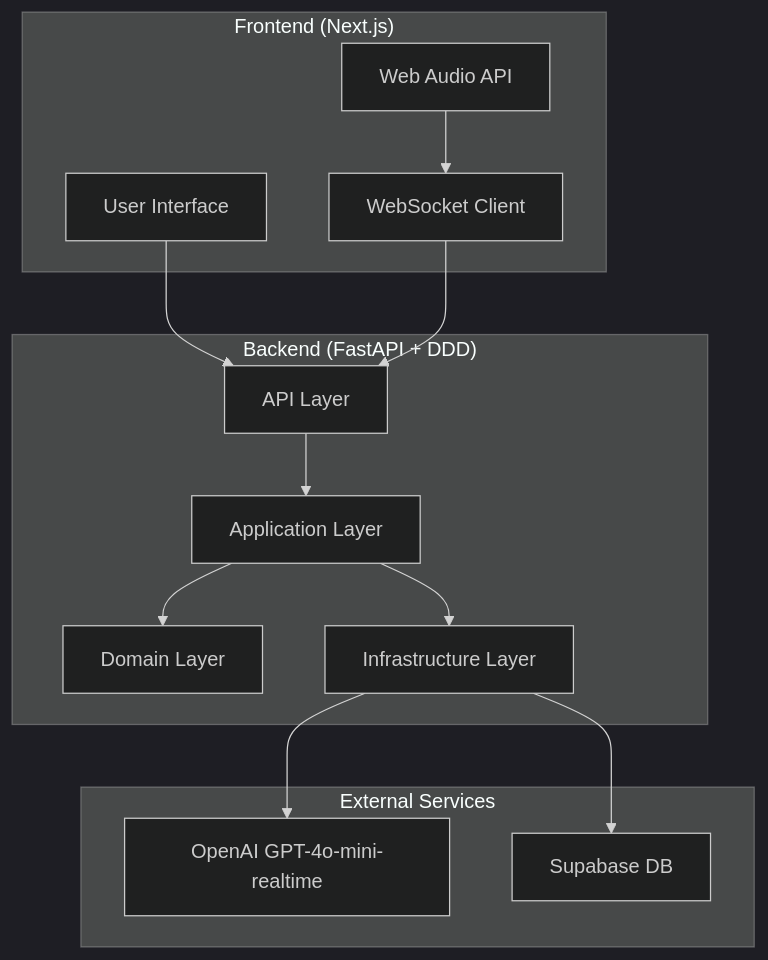
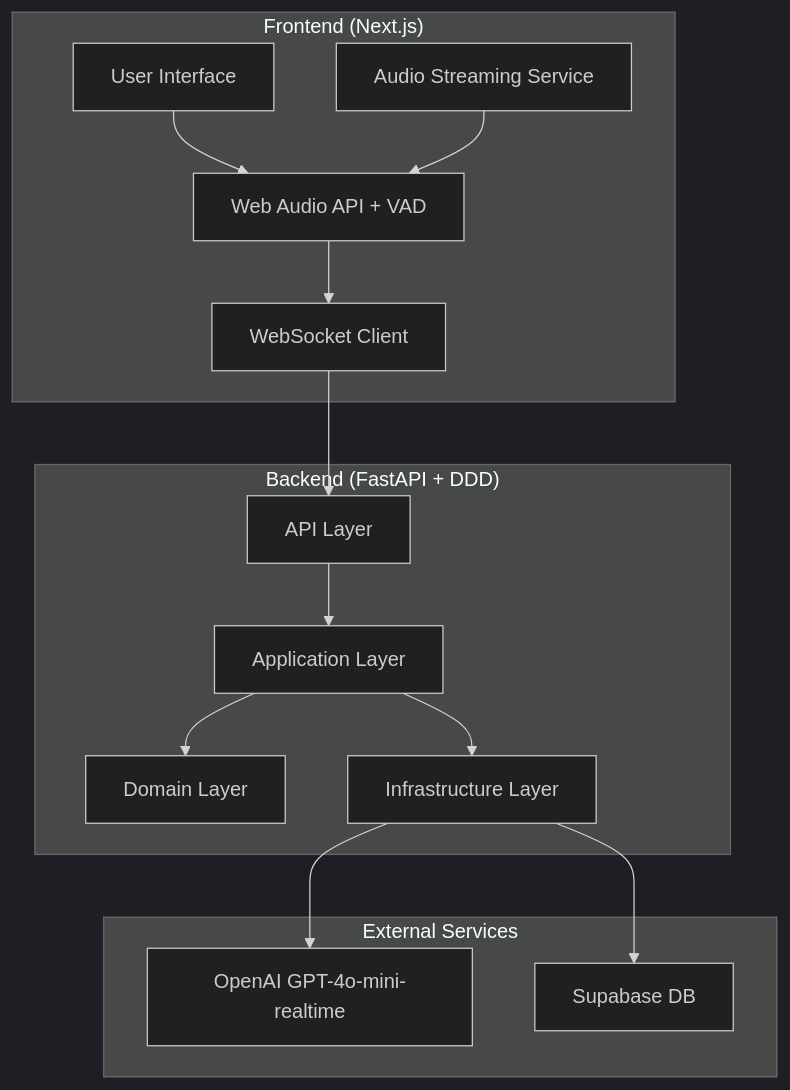
Before and after one commit to marcogonzalo/conversation-simulator: the first of 4 diagrams in memory-bank/systemPatterns.md, drawn with Mermaid (dark theme). The commit also changed other lines of this file and 7 other files, not shown here.

````diff
--- a/memory-bank/systemPatterns.md
+++ b/memory-bank/systemPatterns.md
@@ -5,29 +5,31 @@
 ```mermaid
 graph TB
     subgraph "Frontend (Next.js)"
         UI[User Interface]
-        Audio[Web Audio API]
+        Audio[Web Audio API + VAD]
         WS[WebSocket Client]
+        Stream[Audio Streaming Service]
     end
 
     subgraph "Backend (FastAPI + DDD)"
         API[API Layer]
         APP[Application Layer]
         DOM[Domain Layer]
         INF[Infrastructure Layer]
     end
 
     subgraph "External Services"
         OpenAI[OpenAI GPT-4o-mini-realtime]
         Supabase[Supabase DB]
     end
 
-    UI --> API
+    UI --> Audio
     Audio --> WS
+    Stream --> Audio
     WS --> API
     API --> APP
     APP --> DOM
     APP --> INF
     INF --> OpenAI
     INF --> Supabase
 ```
````
